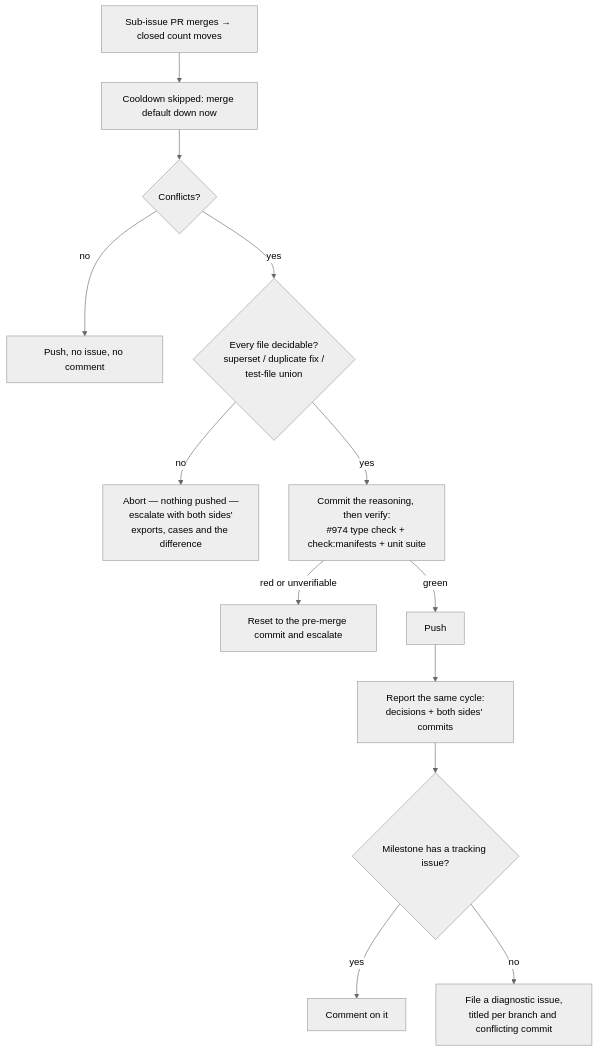
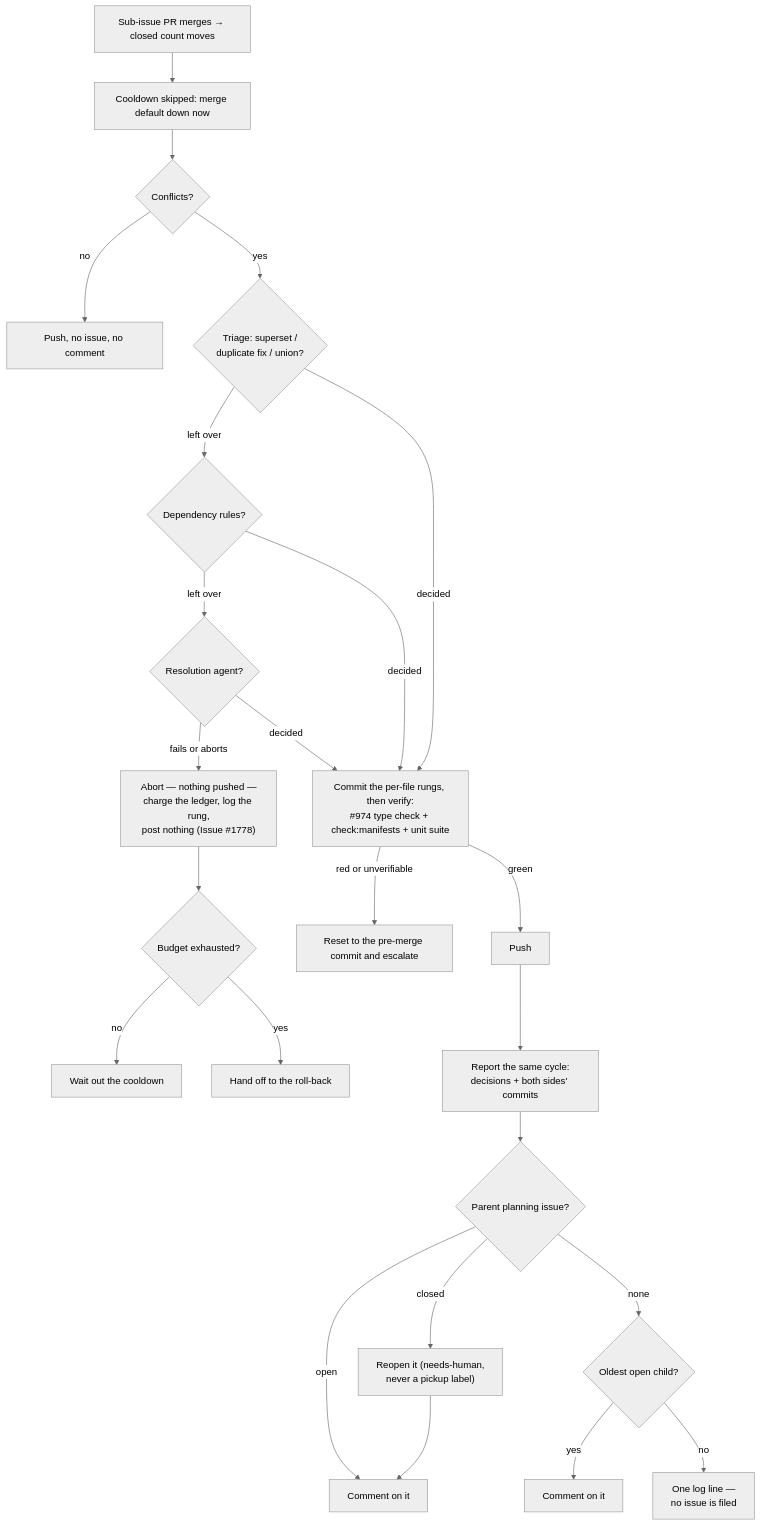
Before and after one commit to stSoftwareAU/VibeCoder: diagram 31 of 37 in docs/INTERNALS.md, drawn with Mermaid (neutral theme). The commit also changed other lines of this file and 281 other files, not shown here.

````diff
--- a/docs/INTERNALS.md
+++ b/docs/INTERNALS.md
@@ -3136,15 +3313,25 @@
 ```mermaid
 flowchart TD
     A[Sub-issue PR merges → closed count moves] --> B[Cooldown skipped: merge default down now]
     B --> C{Conflicts?}
     C -- no --> D[Push, no issue, no comment]
-    C -- yes --> T{"Every file decidable?<br/>superset / duplicate fix /<br/>test-file union"}
-    T -- no --> X["Abort — nothing pushed —<br/>escalate with both sides'<br/>exports, cases and the difference"]
-    T -- yes --> V["Commit the reasoning, then verify:<br/>#974 type check + check:manifests + unit suite"]
+    C -- yes --> T{"Triage: superset /<br/>duplicate fix / union?"}
+    T -- "left over" --> RU{"Dependency rules?"}
+    RU -- "left over" --> AG{"Resolution agent?"}
+    AG -- "fails or aborts" --> X["Abort — nothing pushed —<br/>charge the ledger, log the rung,<br/>post nothing (Issue #1778)"]
+    X --> XB{"Budget exhausted?"}
+    XB -- "no" --> XW["Wait out the cooldown"]
+    XB -- "yes" --> XR["Hand off to the roll-back"]
+    AG -- decided --> V["Commit the per-file rungs, then verify:<br/>#974 type check + check:manifests + unit suite"]
+    T -- decided --> V
+    RU -- decided --> V
     V -- red or unverifiable --> R[Reset to the pre-merge commit and escalate]
     V -- green --> P[Push]
     P --> F["Report the same cycle:<br/>decisions + both sides' commits"]
-    F --> G{Milestone has a tracking issue?}
-    G -- yes --> H[Comment on it]
-    G -- no --> I["File a diagnostic issue,<br/>titled per branch and conflicting commit"]
+    F --> G{Parent planning issue?}
+    G -- open --> H[Comment on it]
+    G -- closed --> RO["Reopen it (needs-human,<br/>never a pickup label)"] --> H
+    G -- none --> C2{Oldest open child?}
+    C2 -- yes --> H2[Comment on it]
+    C2 -- no --> L["One log line —<br/>no issue is filed"]
 ```
````
